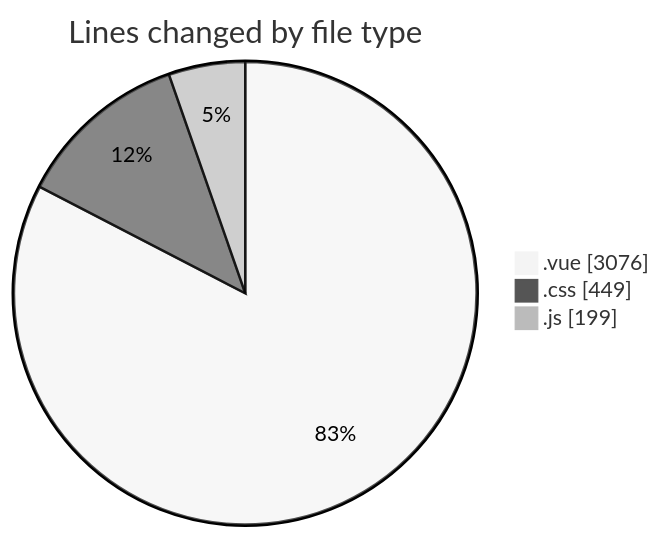
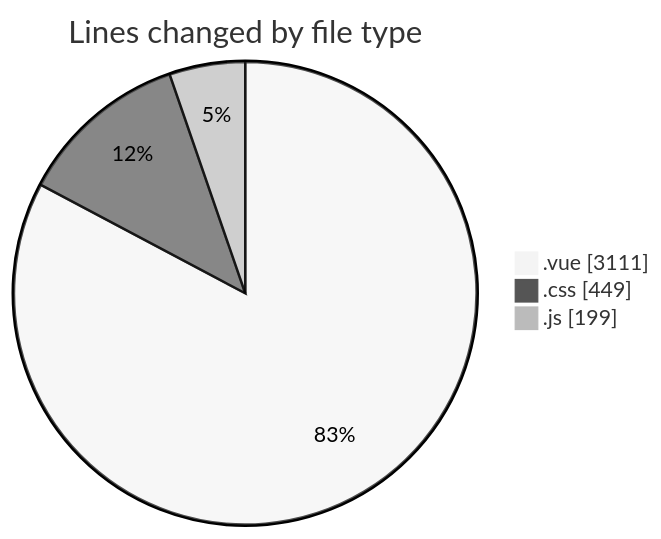
One commit to lephambinh05/code-tracking changed the first of 2 diagrams in 2025-08-10/rentotp/README.md. Above: the diagram before and after it, drawn with Mermaid (neutral theme). The commit also changed other lines of this file and 1 other file, not shown here.

````diff
--- a/2025-08-10/rentotp/README.md
+++ b/2025-08-10/rentotp/README.md
@@ -26,7 +26,7 @@
 ```mermaid
 pie showData
 title Lines changed by file type
-".vue" : 3076
+".vue" : 3111
 ".css" : 449
 ".js" : 199
 ```
````
